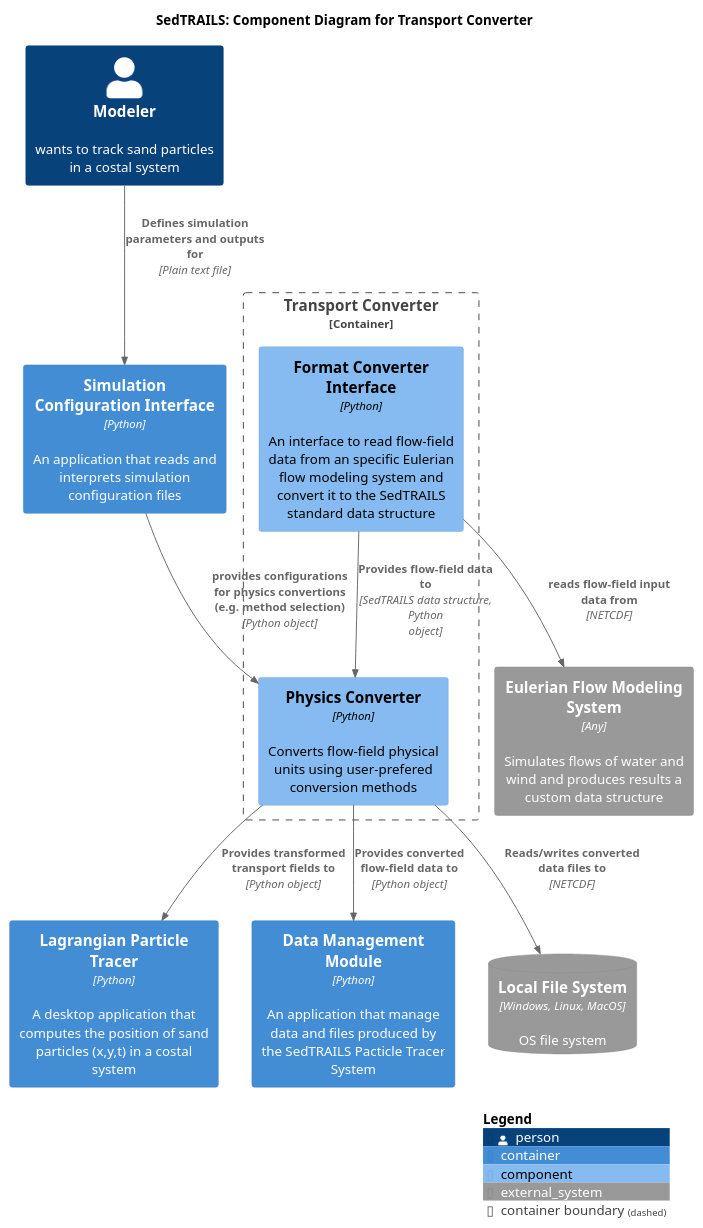
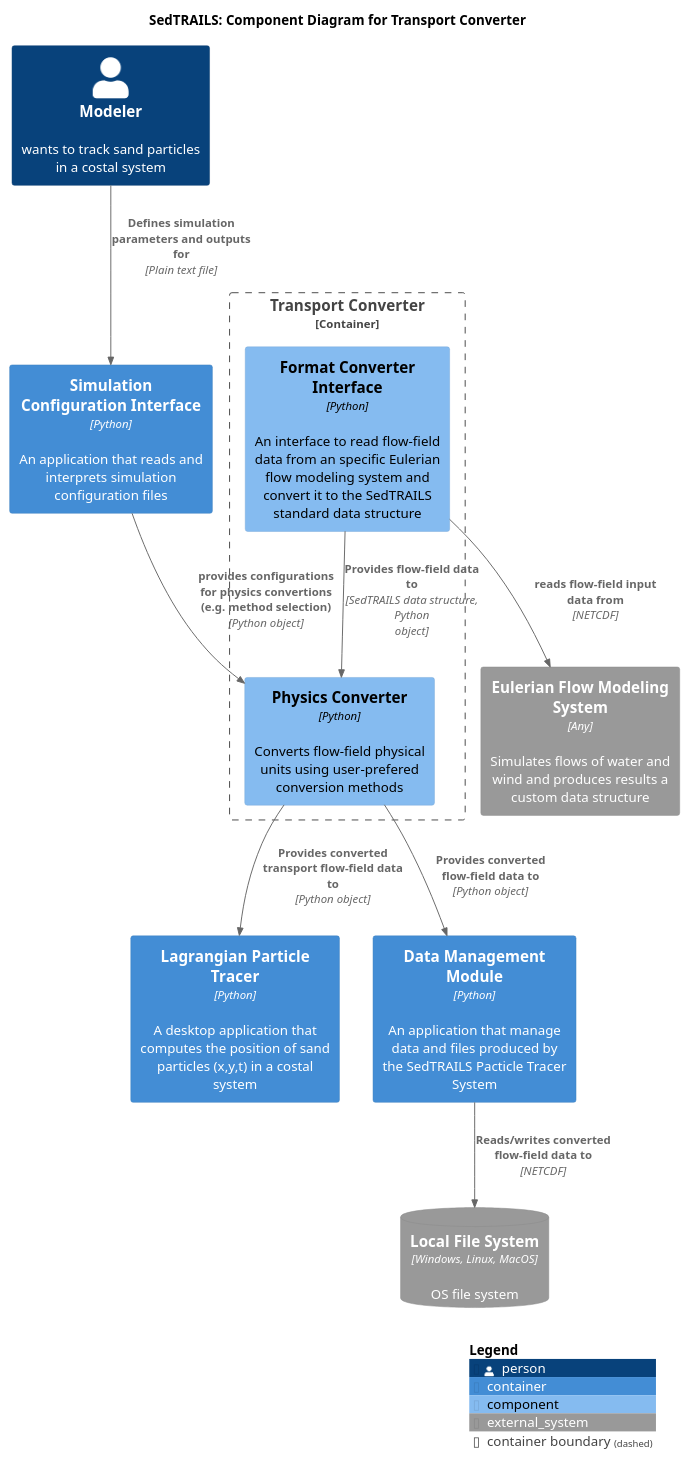
The diagram in diagrams/componets-converter-app.puml (sgpearson17/sedtrails-sgp), drawn with PlantUML before and after one commit.

Commit message:
Refactor component relationships in converter diagram for clarity and accuracy

```diff
--- a/diagrams/componets-converter-app.puml
+++ b/diagrams/componets-converter-app.puml
@@ -1,40 +1,40 @@
 @startuml SedtrailComponentsConverter
 !include ./c4/C4_Component.puml
 
 ' LAYOUT_LANDSCAPE()
 
 title SedTRAILS: Component Diagram for Transport Converter
 scale 1
 
 Person(modeler, "Modeler", "wants to track sand particles in a costal system")
 
 Container(configInterface, "Simulation Configuration Interface", "Python", "An application that reads and interprets simulation configuration files")
 
 Container_Boundary(transportConverter, "Transport Converter"){ 
     
     Component(formatConverter, "Format Converter Interface", "Python", "An interface to read flow-field data from an specific Eulerian flow modeling system and convert it to the SedTRAILS standard data structure")
 
     Component(physicsConverter, "Physics Converter", "Python", "Converts flow-field physical units using user-prefered conversion methods")
         
     Rel(formatConverter, physicsConverter, "Provides flow-field data to", "SedTRAILS data structure, Python object")
 
     Rel(modeler, configInterface, "Defines simulation parameters and outputs for", "Plain text file")
 
     Rel(configInterface, physicsConverter, "provides configurations for physics convertions (e.g. method selection)", "Python object")
 }
 
 Container(particleTracer, "Lagrangian Particle Tracer", "Python", "A desktop application that computes the position of sand particles (x,y,t) in a costal system")
 
 Container(dataManager, "Data Management Module", "Python", "An application that manage data and files produced by the SedTRAILS Pacticle Tracer System")
 
 System_Ext(flowSystem, "Eulerian Flow Modeling System", "Simulates flows of water and wind and produces results a custom data structure", $type="Any")
 SystemDb_Ext(fileSystem, "Local File System", "OS file system", $type="Windows, Linux, MacOS")
 
 Rel(physicsConverter, dataManager, "Provides converted flow-field data to", "Python object")
-Rel(physicsConverter, particleTracer, "Provides transformed transport fields to", "Python object")
-Rel(physicsConverter, fileSystem, "Reads/writes converted data files to", "NETCDF")
+Rel(physicsConverter, particleTracer, "Provides converted transport flow-field data to", "Python object")
+Rel(dataManager, fileSystem, "Reads/writes converted flow-field data to", "NETCDF")
 
 Rel( formatConverter, flowSystem, "reads flow-field input data from", "NETCDF")
 
 SHOW_LEGEND()
 @enduml
```
